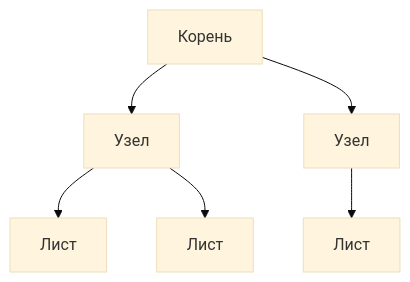
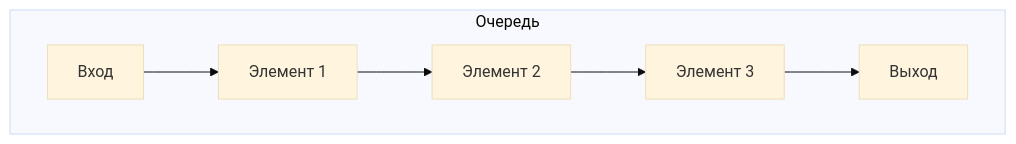
Before and after one commit to Vladislav-Chistyakov/CS-in-Frontend: the first of 6 diagrams in 17/LECTURE.md, drawn with Mermaid (base theme). The commit also changed other lines of this file and 13 other files, not shown here.

````diff
--- a/17/LECTURE.md
+++ b/17/LECTURE.md
@@ -13,8 +8,10 @@
 ```mermaid
-graph TD
-A[Корень] --> B[Узел]
-A --> C[Узел]
-B --> D[Лист]
-B --> E[Лист]
-C --> F[Лист]
+graph LR
+subgraph "Очередь"
+direction LR
+Вход --> A[Элемент 1]
+A --> B[Элемент 2]
+B --> C[Элемент 3]
+C --> Выход
+end
 ```
````
